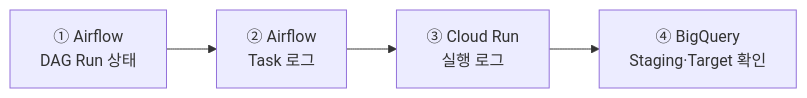
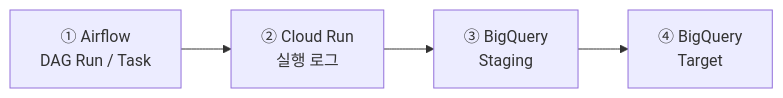
Before and after one commit to qkrwlfjddl/HANA-BQ-ApacheAirflow: the diagram in docs/troubleshooting.md, drawn with Mermaid. The commit also changed other lines of this file, not shown here.

````diff
--- a/docs/troubleshooting.md
+++ b/docs/troubleshooting.md
@@ -11,6 +12,6 @@
 ```mermaid
 flowchart LR
-    A["① Airflow<br/>DAG Run 상태"] --> B["② Airflow<br/>Task 로그"]
-    B --> C["③ Cloud Run<br/>실행 로그"]
-    C --> D["④ BigQuery<br/>Staging·Target 확인"]
+    A["① Airflow<br/>DAG Run / Task"] --> B["② Cloud Run<br/>실행 로그"]
+    B --> C["③ BigQuery<br/>Staging"]
+    C --> D["④ BigQuery<br/>Target"]
 ```
````
